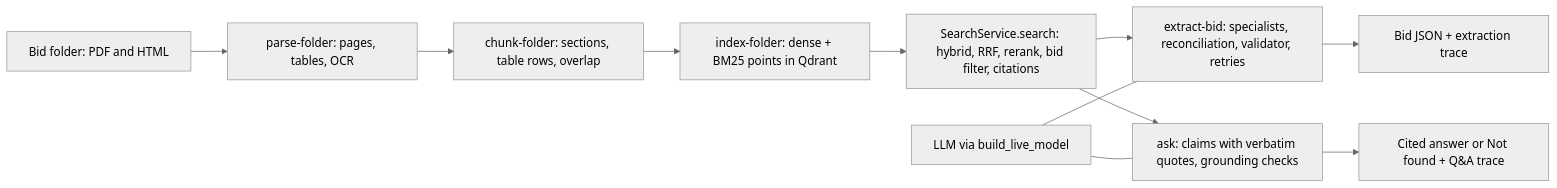
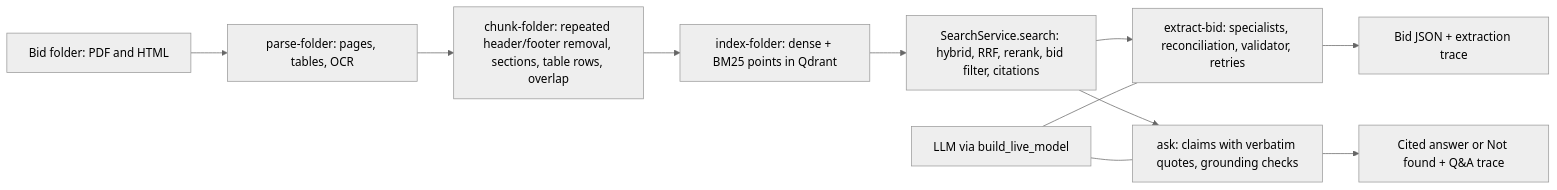
One commit to prince-1104/RFP-Intelligence-Platform changed the first of 8 diagrams in docs/architecture.md. Above: the diagram before and after it, drawn with Mermaid (neutral theme). The commit also changed other lines of this file and 12 other files, not shown here.

Commit message:
fixed Repeated PDF Header/Footer Removal and Retrieval Regression

````diff
--- a/docs/architecture.md
+++ b/docs/architecture.md
@@ -8,13 +8,13 @@
 ```mermaid
 flowchart LR
   Folder[Bid folder: PDF and HTML] --> Parse[parse-folder: pages, tables, OCR]
-  Parse --> Chunk[chunk-folder: sections, table rows, overlap]
+  Parse --> Chunk[chunk-folder: repeated header/footer removal, sections, table rows, overlap]
   Chunk --> Index[index-folder: dense + BM25 points in Qdrant]
   Index --> Search[SearchService.search: hybrid, RRF, rerank, bid filter, citations]
   Search --> Extract[extract-bid: specialists, reconciliation, validator, retries]
   Search --> Ask[ask: claims with verbatim quotes, grounding checks]
   Extract --> BidJSON[Bid JSON + extraction trace]
   Ask --> Answer[Cited answer or Not found + Q&A trace]
   Model[LLM via build_live_model] --- Extract
   Model --- Ask
 ```
````
